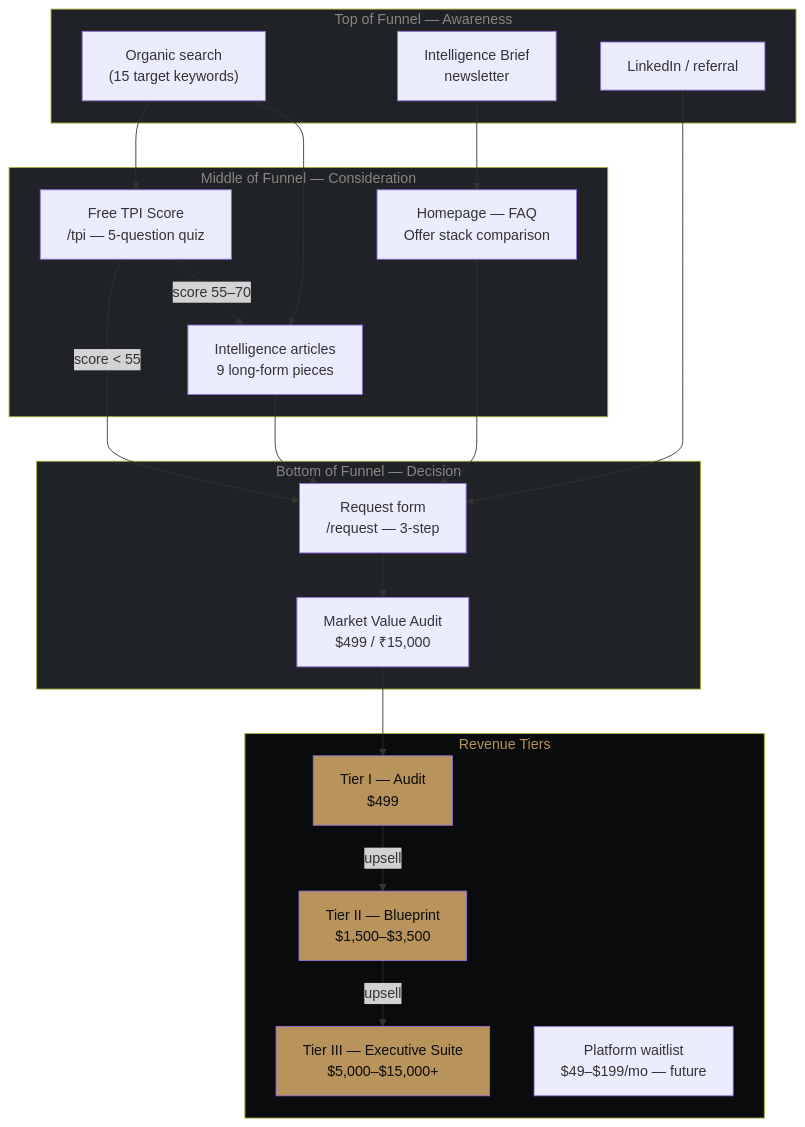
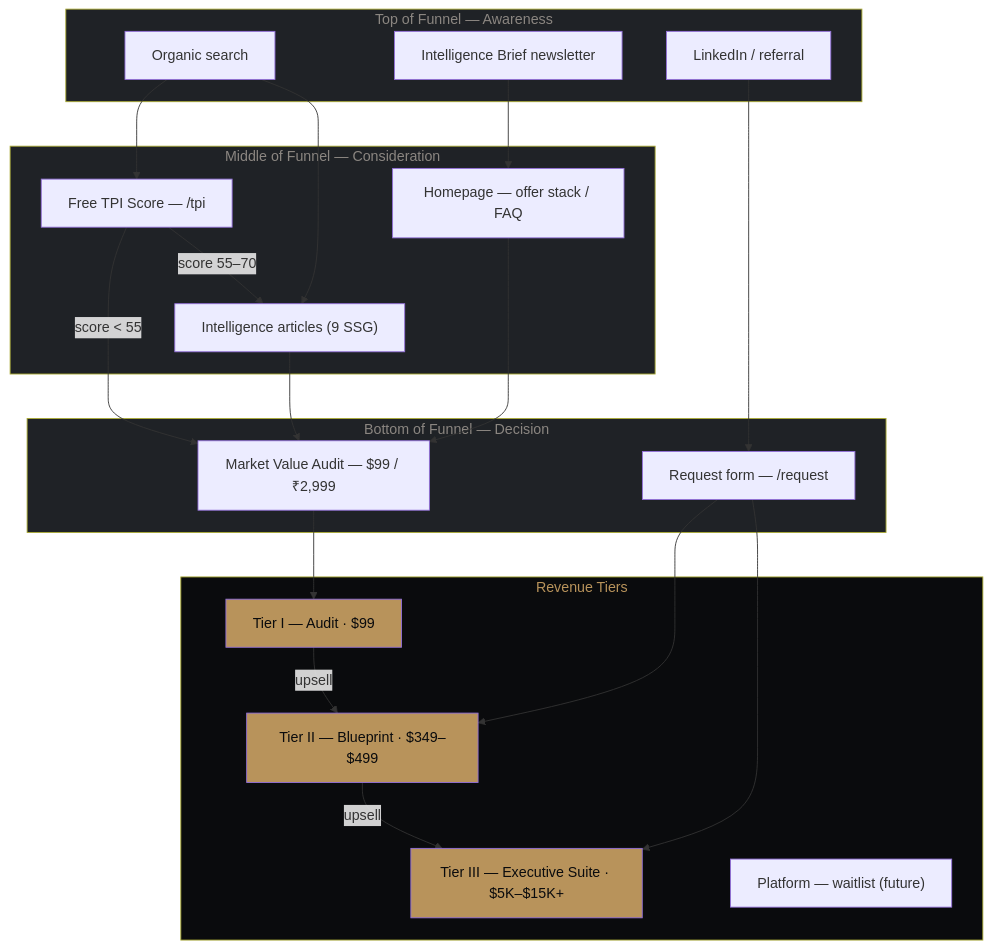
One commit to ashucfx/catalyst-ripplenexus changed the third of 3 diagrams in README.md. Above: the diagram before and after it, drawn with Mermaid. The commit also changed other lines of this file, not shown here.

````diff
--- a/README.md
+++ b/README.md
@@ -213,49 +278,50 @@
 ```mermaid
 graph TB
     subgraph TOP["Top of Funnel — Awareness"]
-        T1["Organic search\n(15 target keywords)"]
-        T2["Intelligence Brief\nnewsletter"]
+        T1["Organic search"]
+        T2["Intelligence Brief newsletter"]
         T3["LinkedIn / referral"]
     end
 
     subgraph MID["Middle of Funnel — Consideration"]
-        M1["Free TPI Score\n/tpi — 5-question quiz"]
-        M2["Intelligence articles\n9 long-form pieces"]
-        M3["Homepage — FAQ\nOffer stack comparison"]
+        M1["Free TPI Score — /tpi"]
+        M2["Intelligence articles (9 SSG)"]
+        M3["Homepage — offer stack / FAQ"]
     end
 
     subgraph BOT["Bottom of Funnel — Decision"]
-        B1["Request form\n/request — 3-step"]
-        B2["Market Value Audit\n$499 / ₹15,000"]
+        B1["Market Value Audit — $99 / ₹2,999"]
+        B2["Request form — /request"]
     end
 
     subgraph OUT["Revenue Tiers"]
-        R1["Tier I — Audit\n$499"]
-        R2["Tier II — Blueprint\n$1,500–$3,500"]
-        R3["Tier III — Executive Suite\n$5,000–$15,000+"]
-        R4["Platform waitlist\n$49–$199/mo — future"]
+        R1["Tier I — Audit · $99"]
+        R2["Tier II — Blueprint · $349–$499"]
+        R3["Tier III — Executive Suite · $5K–$15K+"]
+        R4["Platform — waitlist (future)"]
     end
 
     T1 --> M1
     T1 --> M2
     T2 --> M3
-    T3 --> B1
+    T3 --> B2
 
     M1 -->|score < 55| B1
     M1 -->|score 55–70| M2
     M2 --> B1
     M3 --> B1
 
-    B1 --> B2
-    B2 --> R1
+    B1 --> R1
     R1 -->|upsell| R2
     R2 -->|upsell| R3
+    B2 --> R2
+    B2 --> R3
 
     style TOP fill:#1F2226,color:#8B8681
     style MID fill:#1F2226,color:#8B8681
     style BOT fill:#1F2226,color:#8B8681
     style OUT fill:#0A0B0D,color:#B8935B
     style R1 fill:#B8935B,color:#0A0B0D
     style R2 fill:#B8935B,color:#0A0B0D
     style R3 fill:#B8935B,color:#0A0B0D
 ```
````
